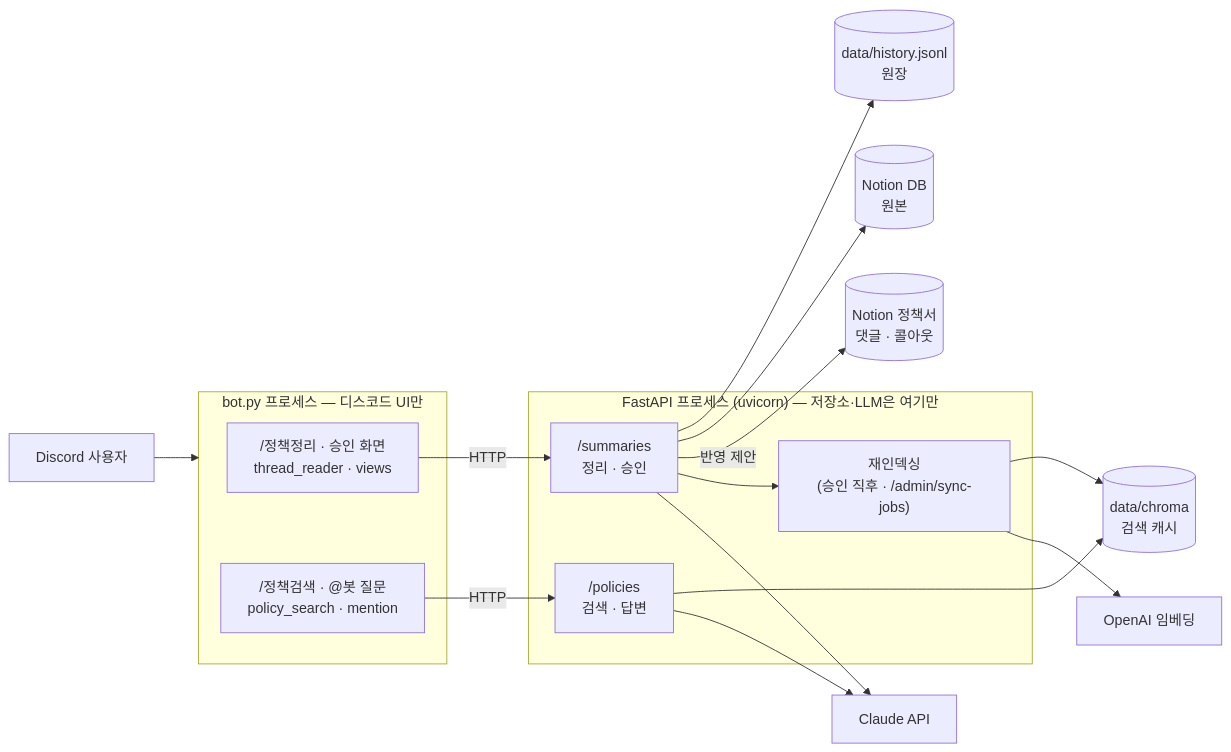
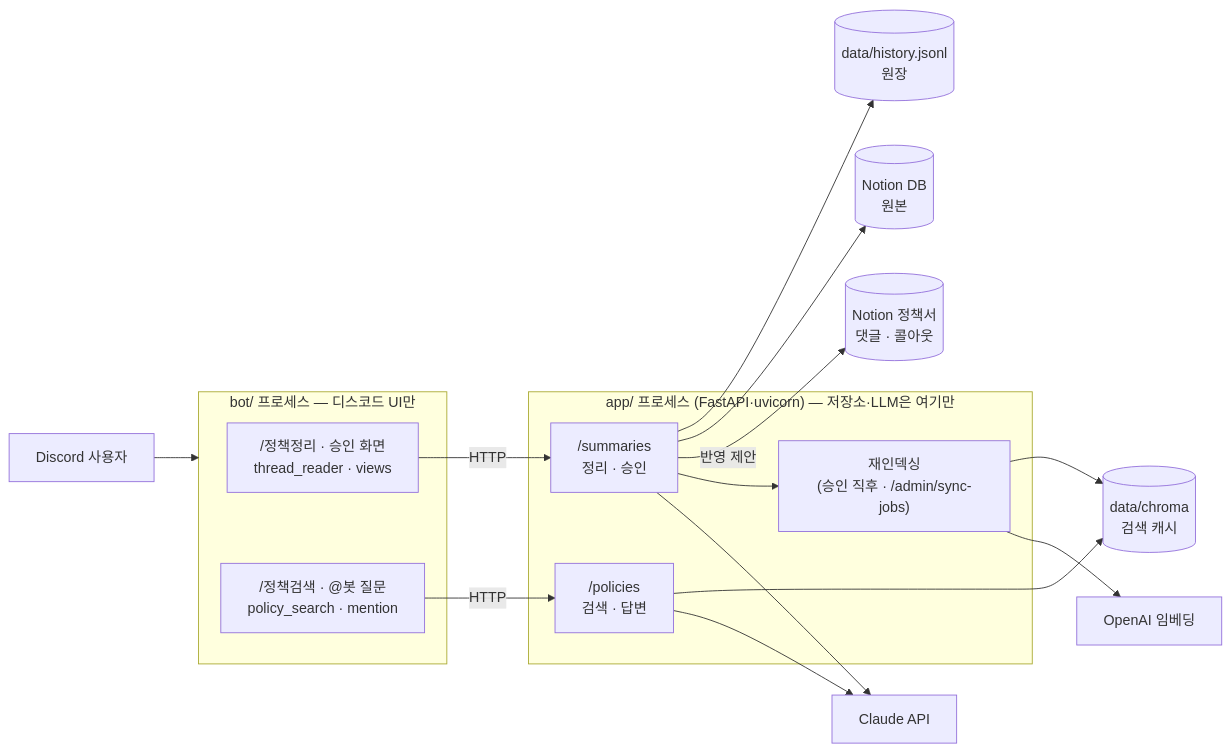
Before and after one commit to seoyoon513/moree-policy-bot: the diagram in README.md, drawn with Mermaid. The commit also changed other lines of this file and 71 other files, not shown here.

First line of the commit message:
폴더 경계 리팩터링: bot/ → shared/ ← app/ (폴더 = 프로세스 경계)

````diff
--- a/README.md
+++ b/README.md
@@ -17,26 +17,26 @@
 ```mermaid
 flowchart LR
     U[Discord 사용자] --> B
 
-    subgraph B["bot.py 프로세스 — 디스코드 UI만"]
+    subgraph B["bot/ 프로세스 — 디스코드 UI만"]
         S["/정책정리 · 승인 화면<br/>thread_reader · views"]
         P["/정책검색 · @봇 질문<br/>policy_search · mention"]
     end
 
-    subgraph A["FastAPI 프로세스 (uvicorn) — 저장소·LLM은 여기만"]
+    subgraph A["app/ 프로세스 (FastAPI·uvicorn) — 저장소·LLM은 여기만"]
         SU["/summaries<br/>정리 · 승인"]
         Q["/policies<br/>검색 · 답변"]
         J["재인덱싱<br/>(승인 직후 · /admin/sync-jobs)"]
     end
 
     S -- HTTP --> SU
     P -- HTTP --> Q
     SU --> H[(data/history.jsonl<br/>원장)]
     SU --> N[(Notion DB<br/>원본)]
     SU -- 반영 제안 --> SP[(Notion 정책서<br/>댓글 · 콜아웃)]
     SU --> J
     J --> C[(data/chroma<br/>검색 캐시)]
     Q --> C
     SU & Q --> CL[Claude API]
     J --> OA[OpenAI 임베딩]
 ```
````
